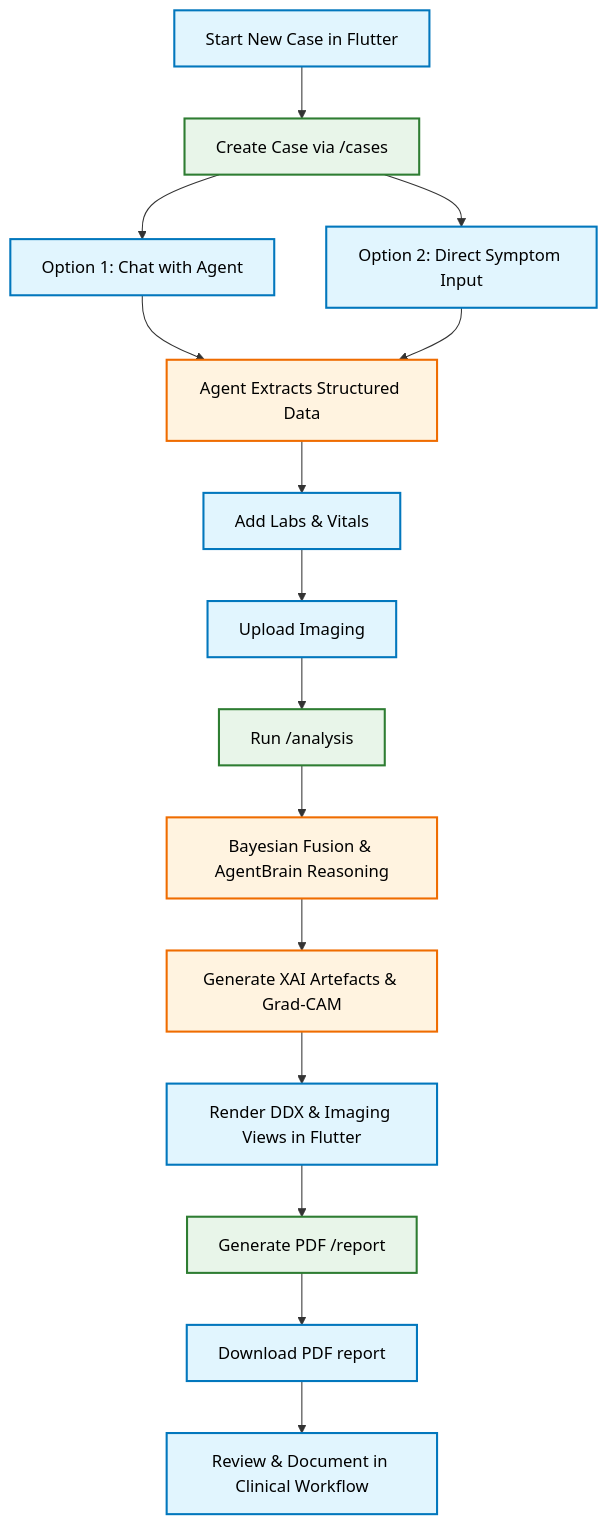
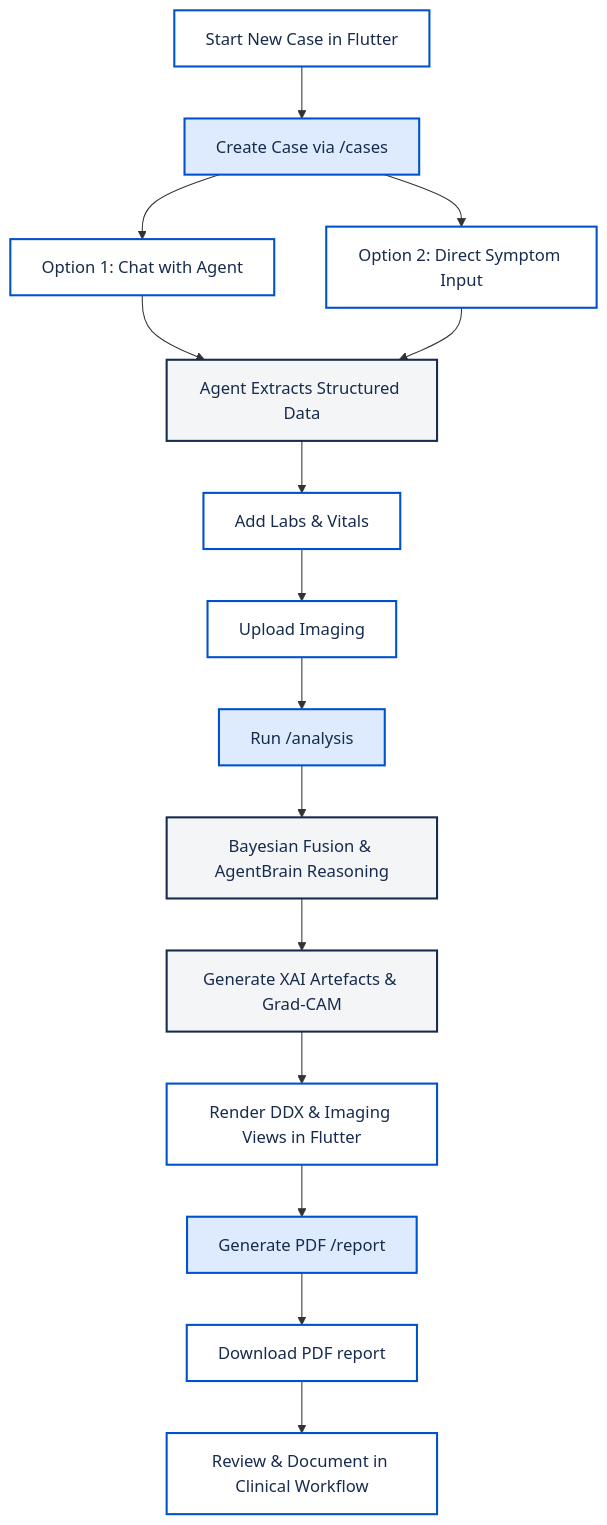
One commit to anaslari23/Multi-Modal-Health-AI-Agent-Guide changed the third of 4 diagrams in README.md. Above: the diagram before and after it, drawn with Mermaid. The commit also changed other lines of this file, not shown here.

Commit message:
docs: Add badges, table of contents, quick start guide, and tech stack, while updating diagram themes in README.

````diff
--- a/README.md
+++ b/README.md
@@ -90,22 +144,22 @@
 ```mermaid
 flowchart TD
-    %% Define Styles
-    classDef userAction fill:#E1F5FE,stroke:#0277BD,stroke-width:2px,color:#000;
-    classDef systemProcess fill:#E8F5E9,stroke:#2E7D32,stroke-width:2px,color:#000;
-    classDef aiProcess fill:#FFF3E0,stroke:#EF6C00,stroke-width:2px,color:#000;
+    %% Define Styles - Corporate Theme
+    classDef userAction fill:#ffffff,stroke:#0052cc,stroke-width:2px,color:#172b4d;
+    classDef systemProcess fill:#deebff,stroke:#0052cc,stroke-width:2px,color:#172b4d;
+    classDef aiProcess fill:#f4f5f7,stroke:#172b4d,stroke-width:2px,color:#172b4d;
 
     A[Start New Case in Flutter]:::userAction --> B[Create Case via /cases]:::systemProcess
     B --> C1[Option 1: Chat with Agent]:::userAction
     B --> C2[Option 2: Direct Symptom Input]:::userAction
     C1 --> D[Agent Extracts Structured Data]:::aiProcess
     C2 --> D
     D --> E[Add Labs & Vitals]:::userAction
     E --> F[Upload Imaging]:::userAction
     F --> G[Run /analysis]:::systemProcess
     G --> H[Bayesian Fusion & AgentBrain Reasoning]:::aiProcess
     H --> I[Generate XAI Artefacts & Grad-CAM]:::aiProcess
     I --> J[Render DDX & Imaging Views in Flutter]:::userAction
     J --> K[Generate PDF /report]:::systemProcess
     K --> L[Download PDF report]:::userAction
     L --> M[Review & Document in Clinical Workflow]:::userAction
 ```
````
